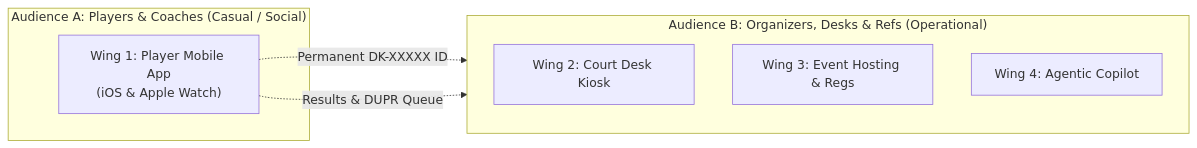
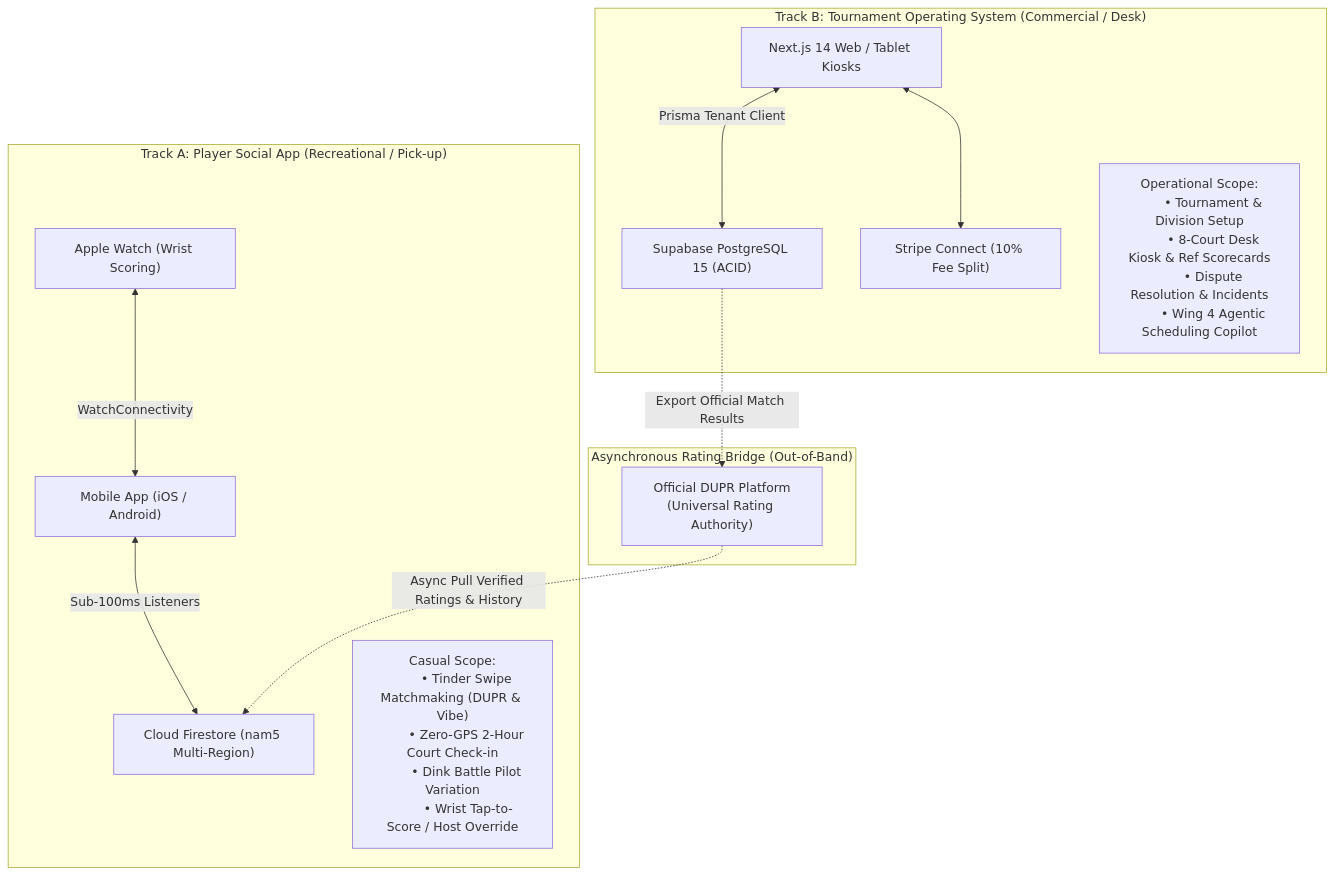
Before and after one commit to AimmanniGit/DinksterPB: the first of 3 diagrams in docs/ARCHITECTURE_DESIGN.md, drawn with Mermaid. The commit also changed other lines of this file, not shown here.

Commit message:
docs(architecture): update A&D document with decoupled dual-track model and risk matrix

````diff
--- a/docs/ARCHITECTURE_DESIGN.md
+++ b/docs/ARCHITECTURE_DESIGN.md
@@ -19,15 +19,39 @@
 ```mermaid
-flowchart LR
-    subgraph AUDIENCE_A["Audience A: Players & Coaches (Casual / Social)"]
-        W1["Wing 1: Player Mobile App<br/>(iOS & Apple Watch)"]
+flowchart TD
+    subgraph TRACK_A["Track A: Player Social App (Recreational / Pick-up)"]
+        MOBILE["Mobile App (iOS / Android)"]
+        WATCH["Apple Watch (Wrist Scoring)"]
+        FS["Cloud Firestore (nam5 Multi-Region)"]
+        
+        WATCH <-->|WatchConnectivity| MOBILE
+        MOBILE <-->|Sub-100ms Listeners| FS
+        
+        NOTE_A["Casual Scope:
+        • Tinder Swipe Matchmaking (DUPR & Vibe)
+        • Zero-GPS 2-Hour Court Check-in
+        • Dink Battle Pilot Variation
+        • Wrist Tap-to-Score / Host Override"]
     end
 
-    subgraph AUDIENCE_B["Audience B: Organizers, Desks & Refs (Operational)"]
-        W2["Wing 2: Court Desk Kiosk"]
-        W3["Wing 3: Event Hosting & Regs"]
-        W4["Wing 4: Agentic Copilot"]
+    subgraph TRACK_B["Track B: Tournament Operating System (Commercial / Desk)"]
+        WEB["Next.js 14 Web / Tablet Kiosks"]
+        PG["Supabase PostgreSQL 15 (ACID)"]
+        STRIPE["Stripe Connect (10% Fee Split)"]
+        
+        WEB <-->|Prisma Tenant Client| PG
+        WEB <--> STRIPE
+        
+        NOTE_B["Operational Scope:
+        • Tournament & Division Setup
+        • 8-Court Desk Kiosk & Ref Scorecards
+        • Dispute Resolution & Incidents
+        • Wing 4 Agentic Scheduling Copilot"]
     end
 
-    W1 -.->|Permanent DK-XXXXX ID| AUDIENCE_B
-    W1 -.->|Results & DUPR Queue| AUDIENCE_B
+    subgraph ASYNC_BRIDGE["Asynchronous Rating Bridge (Out-of-Band)"]
+        DUPR["Official DUPR Platform<br/>(Universal Rating Authority)"]
+        
+        PG -.->|Export Official Match Results| DUPR
+        DUPR -.->|Async Pull Verified Ratings & History| FS
+    end
 ```
````
